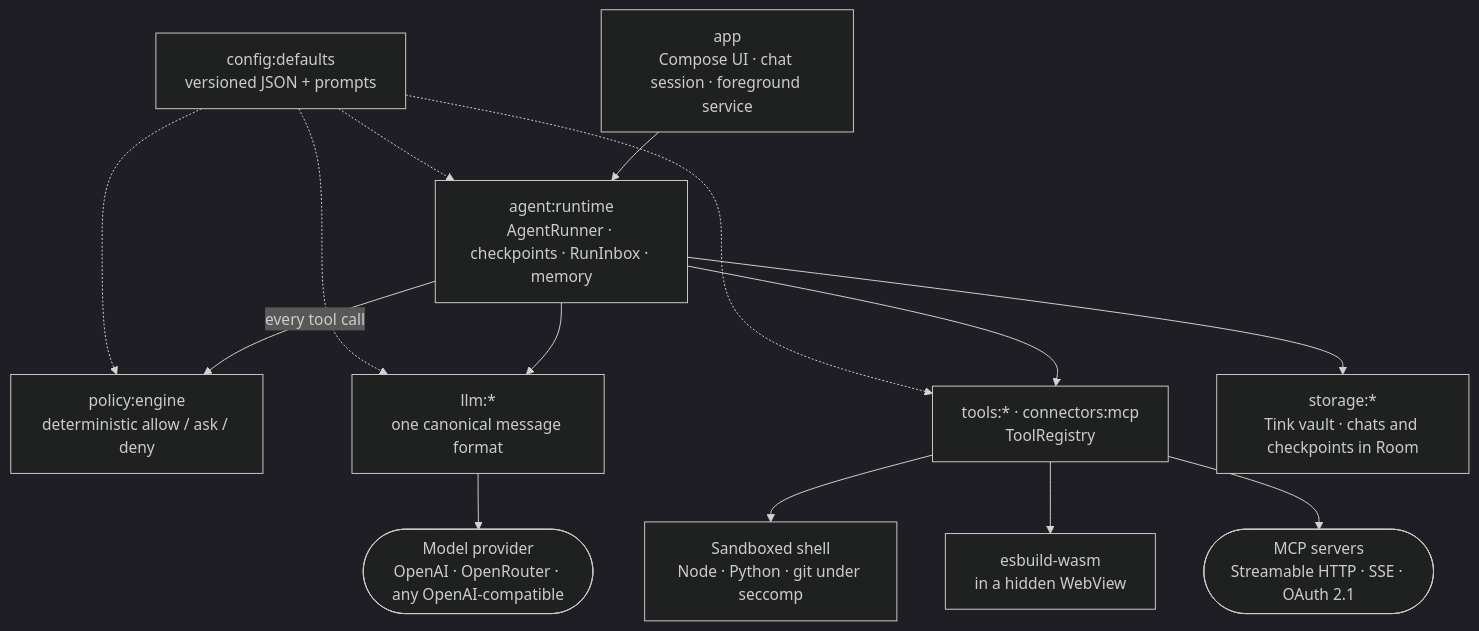
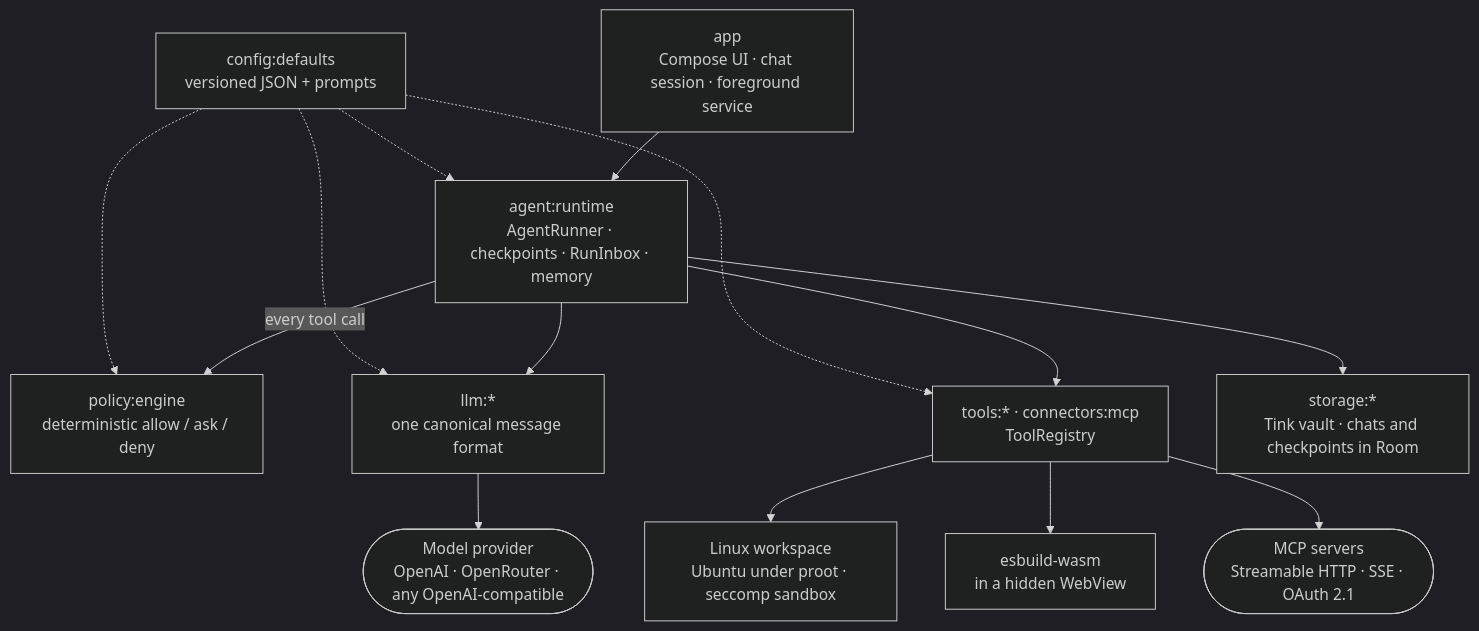
One commit to Arunprakaash/Whittle changed the diagram in README.md. Above: the diagram before and after it, drawn with Mermaid (dark theme). The commit also changed other lines of this file and 44 other files, not shown here.

````diff
--- a/README.md
+++ b/README.md
@@ -24,24 +24,24 @@
 ```mermaid
 flowchart TB
     UI["app<br/>Compose UI · chat session · foreground service"]
     RUN["agent:runtime<br/>AgentRunner · checkpoints · RunInbox · memory"]
     POL["policy:engine<br/>deterministic allow / ask / deny"]
     LLM["llm:*<br/>one canonical message format"]
     TOOLS["tools:* · connectors:mcp<br/>ToolRegistry"]
     STORE["storage:*<br/>Tink vault · chats and checkpoints in Room"]
     CFG["config:defaults<br/>versioned JSON + prompts"]
     PROV(["Model provider<br/>OpenAI · OpenRouter · any OpenAI-compatible"])
-    SANDBOX["Sandboxed shell<br/>Node · Python · git under seccomp"]
+    SANDBOX["Linux workspace<br/>Ubuntu under proot · seccomp sandbox"]
     BUNDLER["esbuild-wasm<br/>in a hidden WebView"]
     MCP(["MCP servers<br/>Streamable HTTP · SSE · OAuth 2.1"])
 
     UI --> RUN
     RUN --> LLM --> PROV
     RUN -- every tool call --> POL
     RUN --> TOOLS
     RUN --> STORE
     TOOLS --> SANDBOX
     TOOLS --> BUNDLER
     TOOLS --> MCP
     CFG -.-> RUN & POL & TOOLS & LLM
 ```
````
